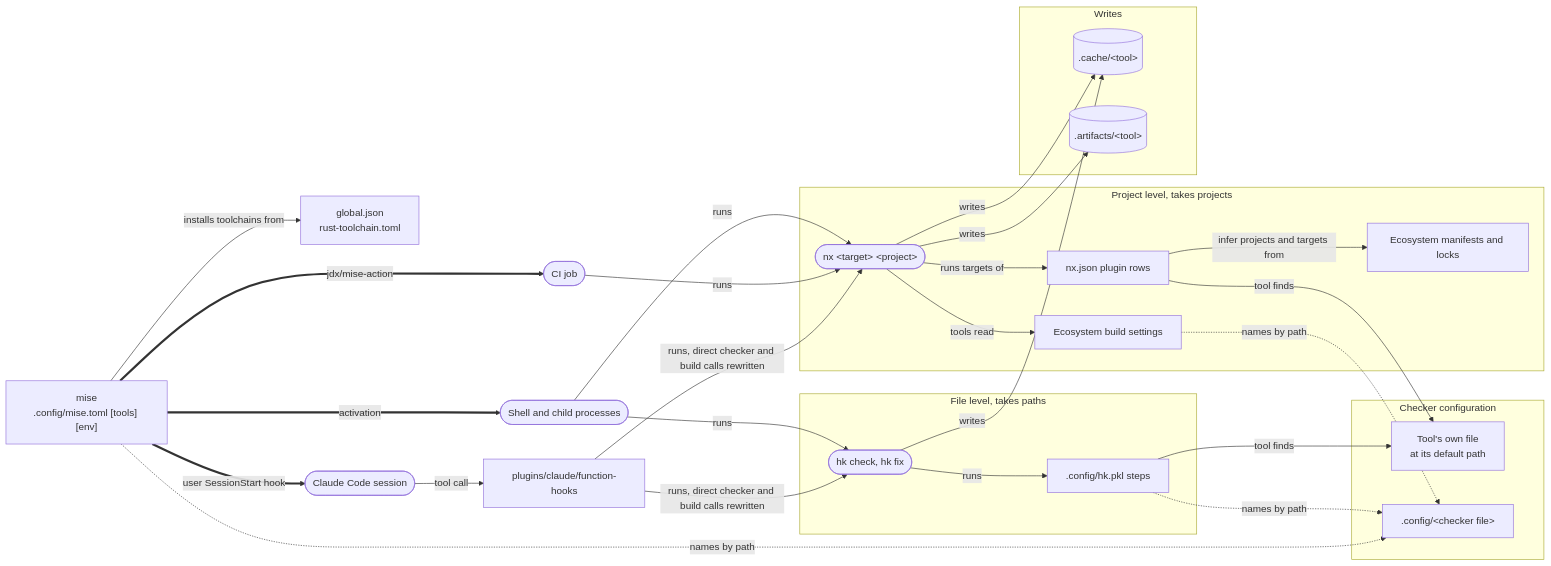
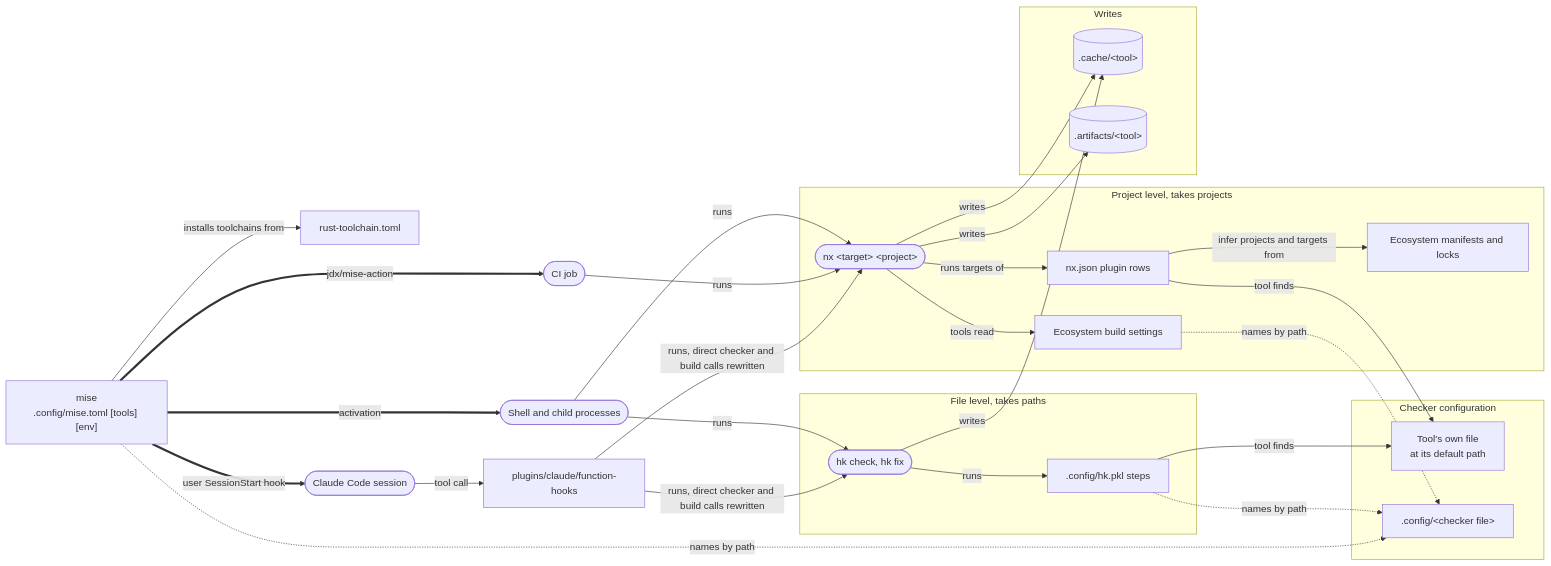
The diagram in README.md (bsamiee/Rasm), drawn with Mermaid before and after one commit. The commit also changed other lines of this file and 399 other files, not shown here.

````diff
--- a/README.md
+++ b/README.md
@@ -80,48 +80,48 @@
 ```mermaid
 flowchart LR
-    versions["global.json<br/>rust-toolchain.toml"]
+    versions["rust-toolchain.toml"]
     mise["mise<br/>.config/mise.toml [tools] [env]"]
     shell(["Shell and child processes"])
     claude(["Claude Code session"])
     ci(["CI job"])
     hooks["plugins/claude/function-hooks"]
 
     subgraph file["File level, takes paths"]
         hk(["hk check, hk fix"])
         steps[".config/hk.pkl steps"]
     end
 
     subgraph project["Project level, takes projects"]
         nx(["nx #lt;target#gt; #lt;project#gt;"])
         plugins["nx.json plugin rows"]
         manifests["Ecosystem manifests and locks"]
         build["Ecosystem build settings"]
     end
 
     subgraph config["Checker configuration"]
         found["Tool's own file<br/>at its default path"]
         named[".config/#lt;checker file#gt;"]
     end
 
     subgraph writes["Writes"]
         cache[(".cache/#lt;tool#gt;")]
         artifacts[(".artifacts/#lt;tool#gt;")]
     end
 
     mise -->|installs toolchains from| versions
     mise ==>|activation| shell
     mise ==>|user SessionStart hook| claude
     mise ==>|jdx/mise-action| ci
     shell -->|runs| hk & nx
     ci -->|runs| nx
     claude -->|tool call| hooks
     hooks -->|runs, direct checker and build calls rewritten| hk & nx
     hk -->|runs| steps
     nx -->|runs targets of| plugins
     plugins -->|infer projects and targets from| manifests
     nx -->|tools read| build
     steps & plugins -->|tool finds| found
     steps & build & mise -.->|names by path| named
     hk -->|writes| cache
     nx -->|writes| cache & artifacts
 ```
````
